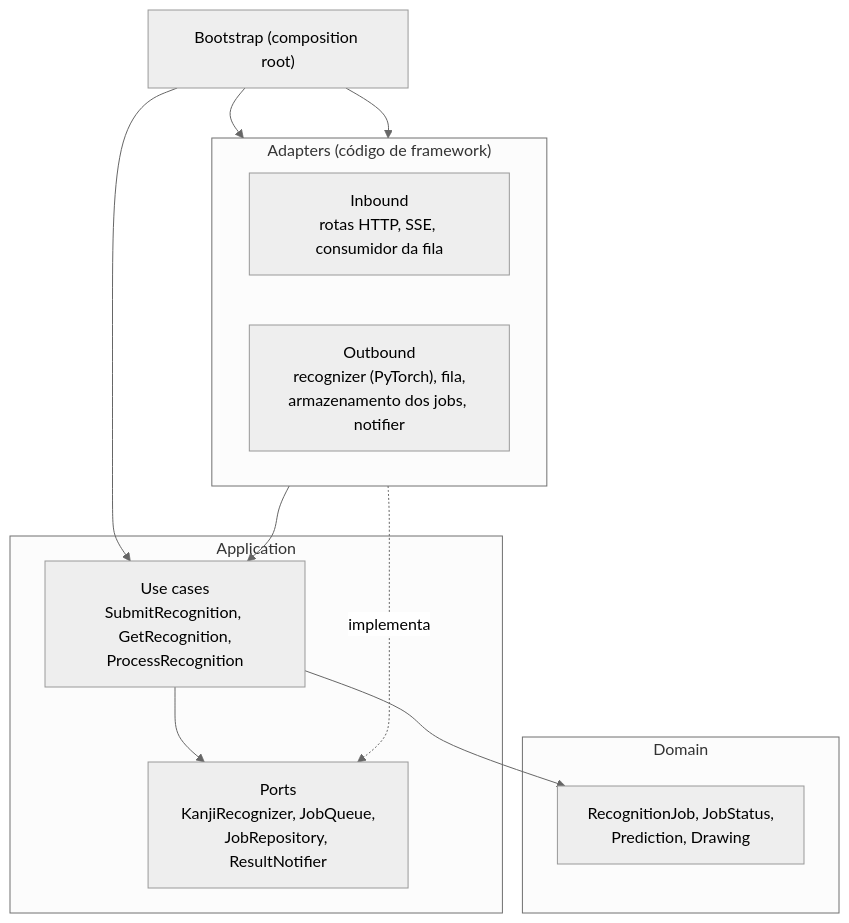
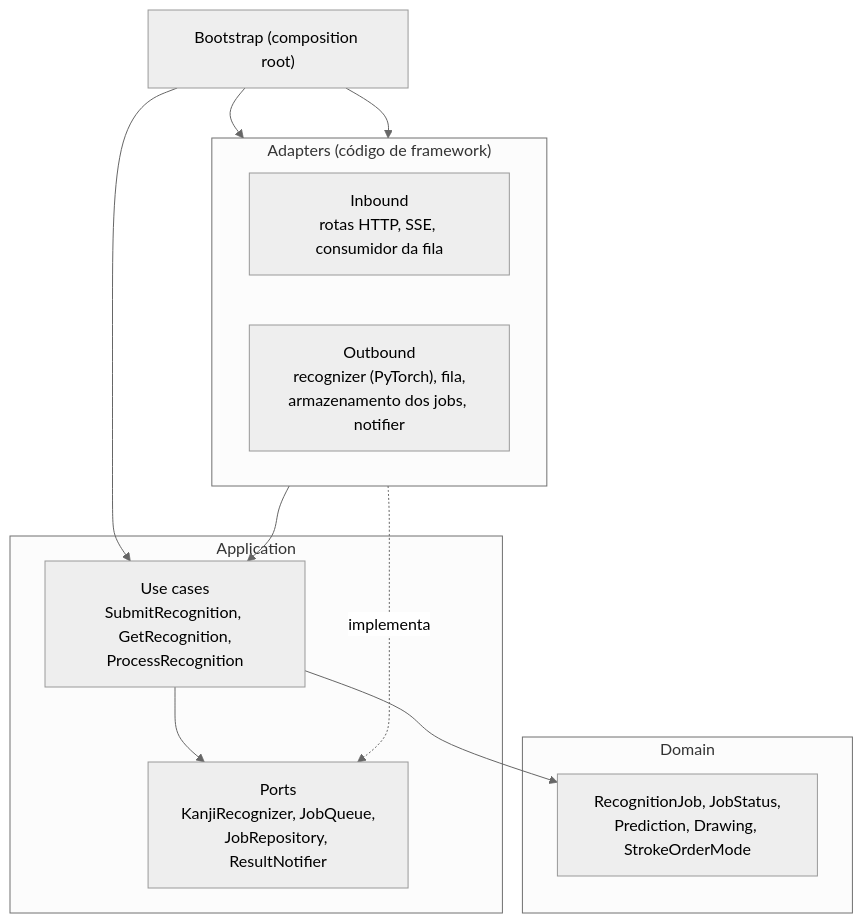
The second of 3 diagrams in docs/ARCHITECTURE.md (Asuka-Jyuku/kanji-lens), drawn with Mermaid (neutral theme) before and after one commit. The commit also changed other lines of this file and 16 other files, not shown here.

````diff
--- a/docs/ARCHITECTURE.md
+++ b/docs/ARCHITECTURE.md
@@ -149,22 +192,22 @@
 ```mermaid
 flowchart TB
     subgraph adapters["Adapters (código de framework)"]
         direction LR
         inbound["Inbound<br/>rotas HTTP, SSE, consumidor da fila"]
         outbound["Outbound<br/>recognizer (PyTorch), fila,<br/>armazenamento dos jobs, notifier"]
     end
     subgraph application["Application"]
         usecases["Use cases<br/>SubmitRecognition, GetRecognition,<br/>ProcessRecognition"]
         ports["Ports<br/>KanjiRecognizer, JobQueue,<br/>JobRepository, ResultNotifier"]
     end
     subgraph domain["Domain"]
-        entities["RecognitionJob, JobStatus,<br/>Prediction, Drawing"]
+        entities["RecognitionJob, JobStatus,<br/>Prediction, Drawing, StrokeOrderMode"]
     end
     bootstrap["Bootstrap (composition root)"]
 
     inbound --> usecases
     usecases --> ports
     usecases --> entities
     outbound -. implementa .-> ports
     bootstrap --> inbound & outbound & usecases
 ```
````
